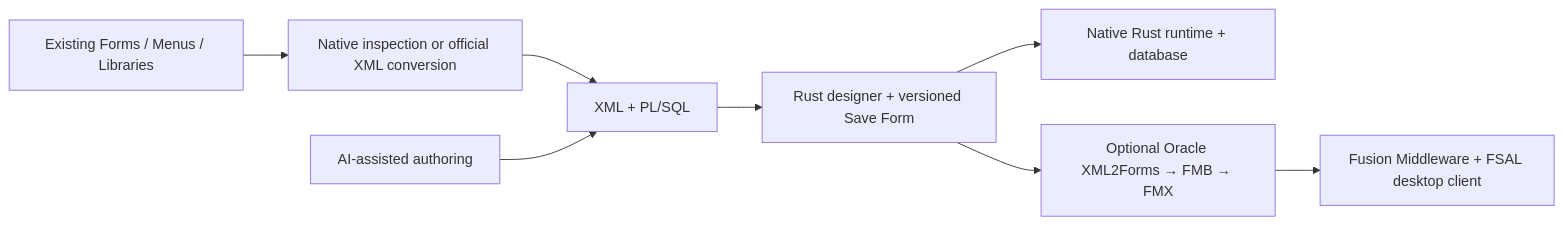
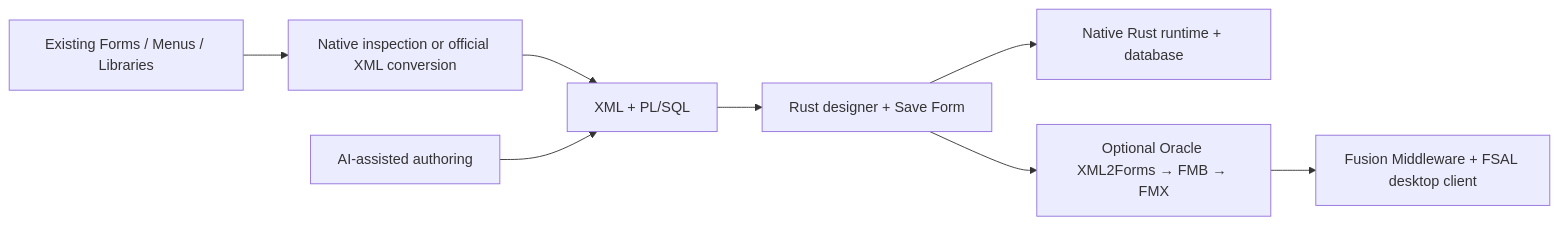
One commit to richfrem/oracle-forms-viewer changed the diagram in README.md. Above: the diagram before and after it, drawn with Mermaid. The commit also changed other lines of this file and 66 other files, not shown here.

````diff
--- a/README.md
+++ b/README.md
@@ -18,10 +18,10 @@
 ```mermaid
 flowchart LR
     A["Existing Forms / Menus / Libraries"] --> B["Native inspection or official XML conversion"]
     B --> C["XML + PL/SQL"]
     AI["AI-assisted authoring"] --> C
-    C --> D["Rust designer + versioned Save Form"]
+    C --> D["Rust designer + Save Form"]
     D --> E["Native Rust runtime + database"]
     D --> F["Optional Oracle XML2Forms → FMB → FMX"]
     F --> G["Fusion Middleware + FSAL desktop client"]
 ```
````
